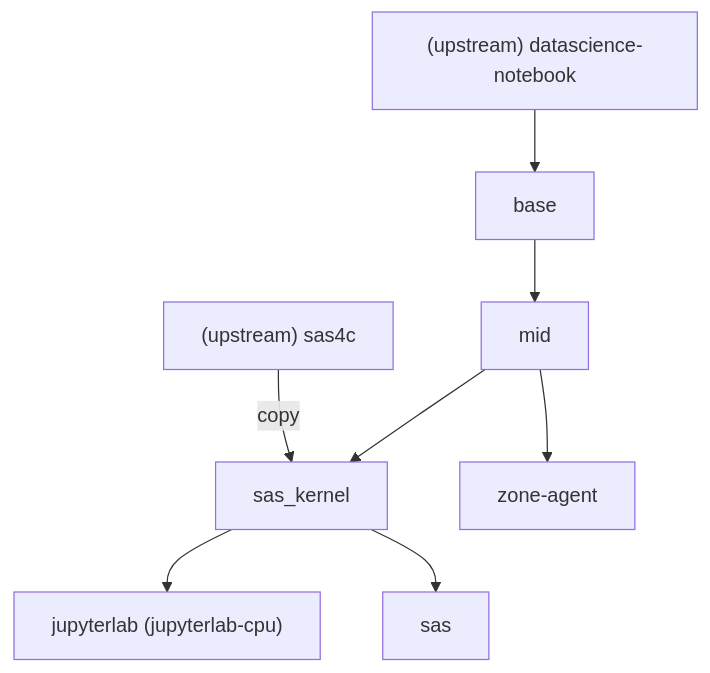
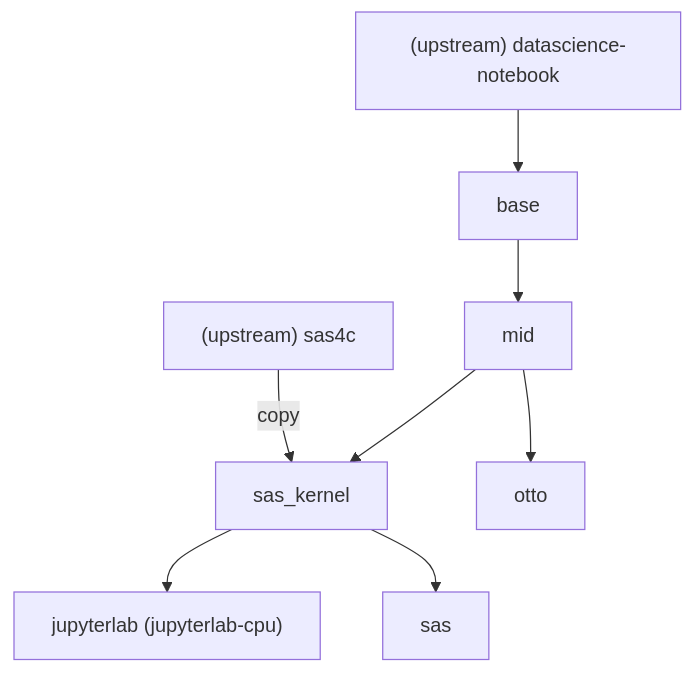
The diagram in README.md (StatCan/zone-kubeflow-containers), drawn with Mermaid before and after one commit. The commit also changed other lines of this file and 26 other files, not shown here.

````diff
--- a/README.md
+++ b/README.md
@@ -131,11 +131,11 @@
 ```mermaid
 graph TD
   upstream_nb["(upstream) datascience-notebook"]
   upstream_nb --> base
   base --> mid
   mid --> sas_kernel
   upstream_sas["(upstream) sas4c"] --> |copy|sas_kernel
   sas_kernel --> jupyterlab["jupyterlab (jupyterlab-cpu)"]
   sas_kernel --> sas
-  mid --> zone-agent
+  mid --> otto
 ```
````
